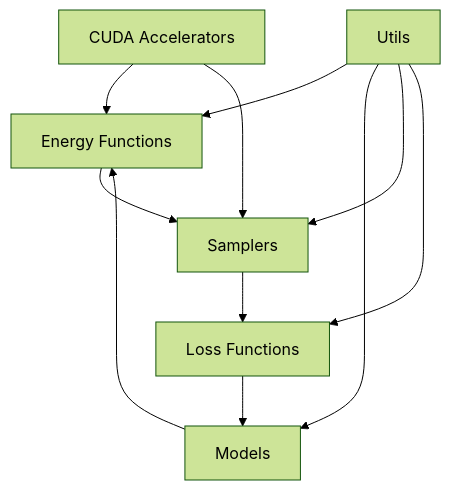
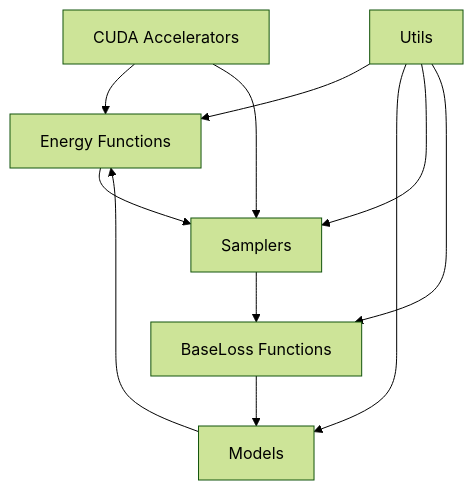
Before and after one commit to soran-ghaderi/torchebm: the diagram in docs/developer_guide/architecture.md, drawn with Mermaid (forest theme). The commit also changed other lines of this file and 61 other files, not shown here.

````diff
--- a/docs/developer_guide/architecture.md
+++ b/docs/developer_guide/architecture.md
@@ -75,13 +75,13 @@
 ```mermaid
 graph TD
     A[Energy Functions] --> C[Samplers]
     B[Models] --> A
-    C --> D[Loss Functions]
+    C --> D[BaseLoss Functions]
     D --> B
     E[CUDA Accelerators] --> A
     E --> C
     F[Utils] --> A
     F --> B
     F --> C
     F --> D
 ```
````
